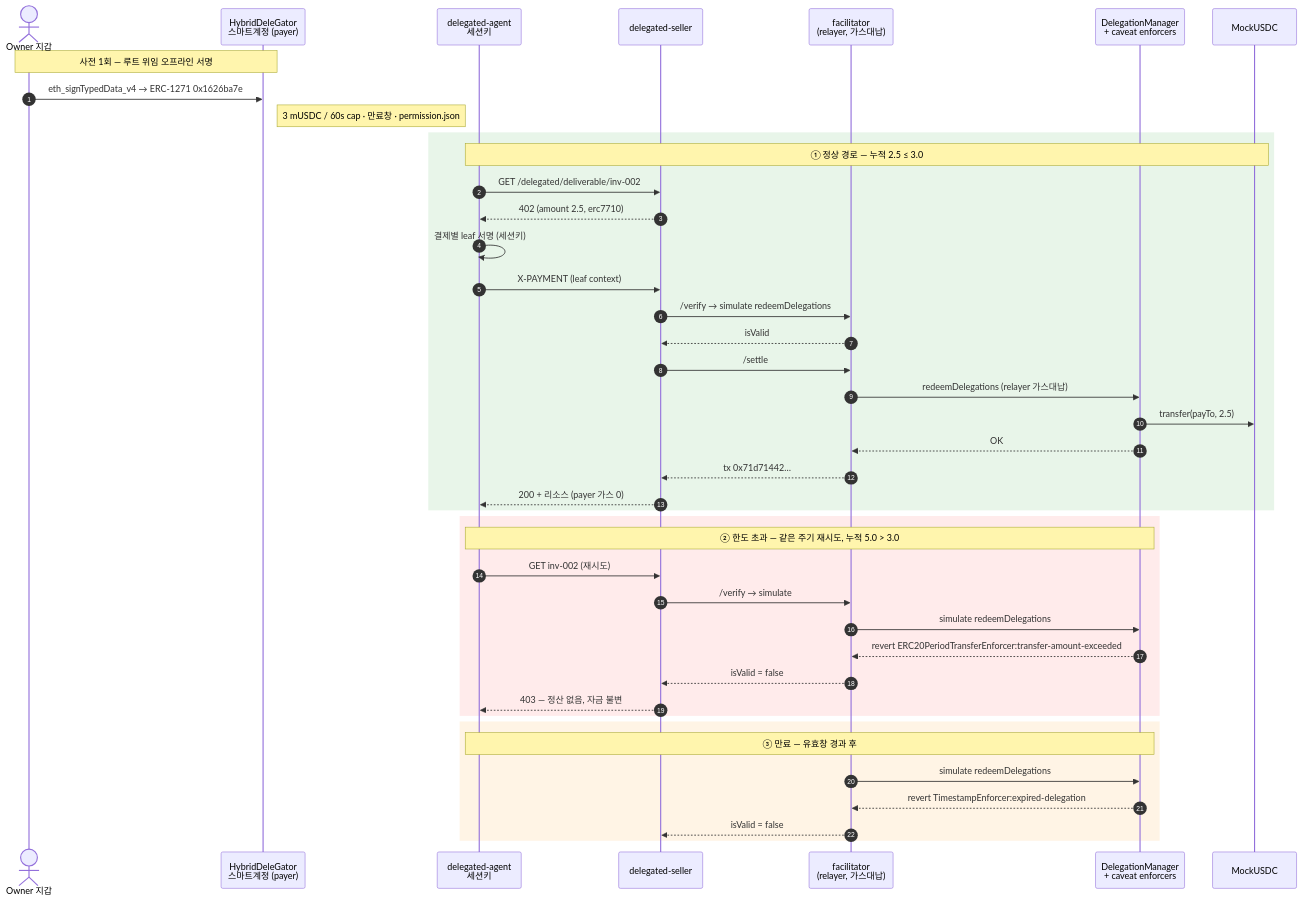
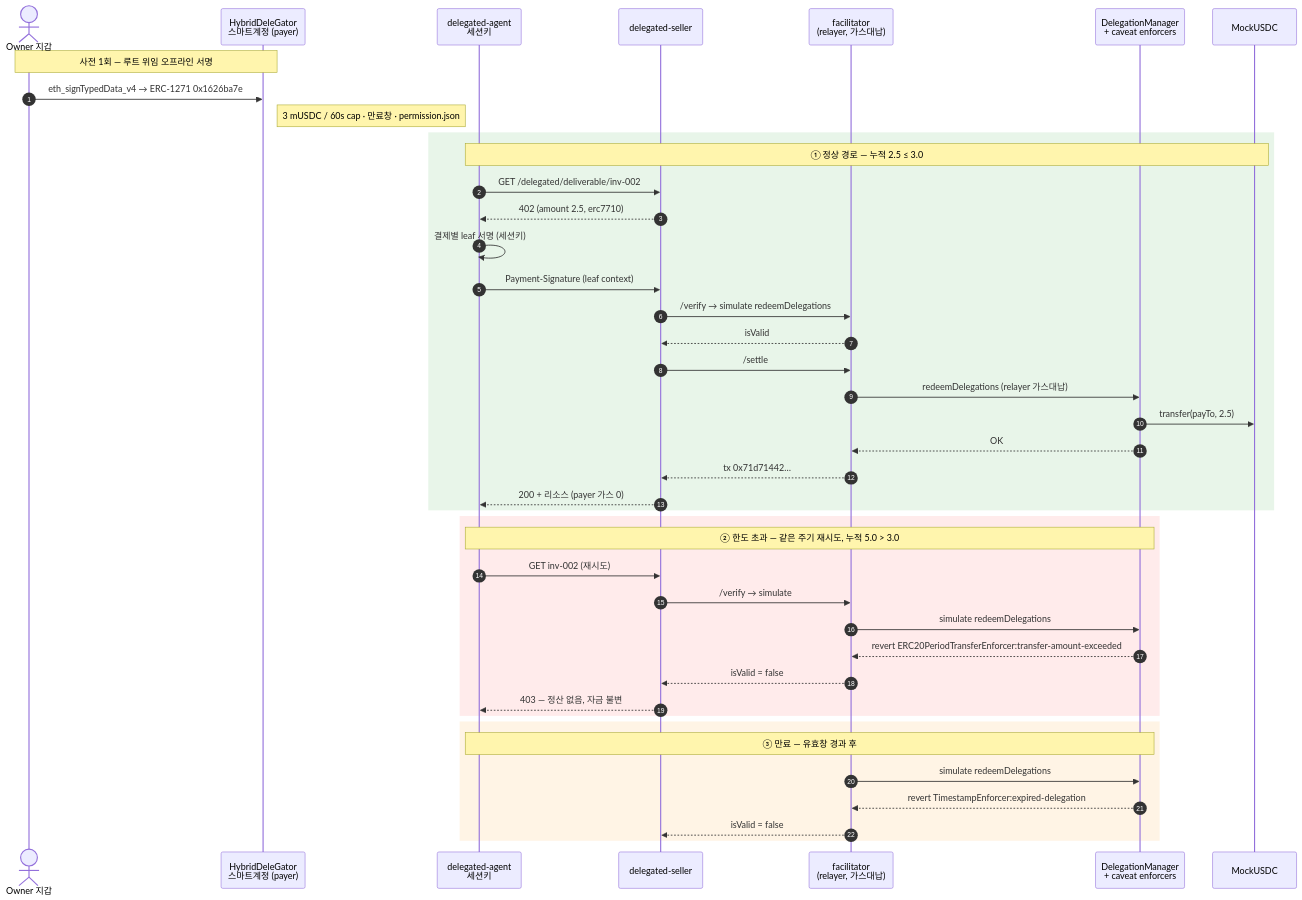
The diagram in docs/tech-notes.md (kooroot/Mapae), drawn with Mermaid before and after one commit. The commit also changed other lines of this file and 11 other files, not shown here.

First line of the commit message:
feat(x402): v2 전송 헤더를 채택한다 — Payment-Required/Signature/Response

````diff
--- a/docs/tech-notes.md
+++ b/docs/tech-notes.md
@@ -81,48 +81,48 @@
 ```mermaid
 sequenceDiagram
     autonumber
     actor Owner as Owner 지갑
     participant SA as HybridDeleGator<br/>스마트계정 (payer)
     participant Agent as delegated-agent<br/>세션키
     participant Seller as delegated-seller
     participant Fac as facilitator<br/>(relayer, 가스대납)
     participant DM as DelegationManager<br/>+ caveat enforcers
     participant USDC as MockUSDC
 
     Note over Owner,SA: 사전 1회 — 루트 위임 오프라인 서명
     Owner->>SA: eth_signTypedData_v4 → ERC-1271 0x1626ba7e
     Note right of SA: 3 mUSDC / 60s cap · 만료창 · permission.json
 
     rect rgb(232,245,233)
     Note over Agent,USDC: ① 정상 경로 — 누적 2.5 ≤ 3.0
     Agent->>Seller: GET /delegated/deliverable/inv-002
     Seller-->>Agent: 402 (amount 2.5, erc7710)
     Agent->>Agent: 결제별 leaf 서명 (세션키)
-    Agent->>Seller: X-PAYMENT (leaf context)
+    Agent->>Seller: Payment-Signature (leaf context)
     Seller->>Fac: /verify → simulate redeemDelegations
     Fac-->>Seller: isValid
     Seller->>Fac: /settle
     Fac->>DM: redeemDelegations (relayer 가스대납)
     DM->>USDC: transfer(payTo, 2.5)
     DM-->>Fac: OK
     Fac-->>Seller: tx 0x71d71442…
     Seller-->>Agent: 200 + 리소스 (payer 가스 0)
     end
 
     rect rgb(255,235,235)
     Note over Agent,DM: ② 한도 초과 — 같은 주기 재시도, 누적 5.0 > 3.0
     Agent->>Seller: GET inv-002 (재시도)
     Seller->>Fac: /verify → simulate
     Fac->>DM: simulate redeemDelegations
     DM-->>Fac: revert ERC20PeriodTransferEnforcer:transfer-amount-exceeded
     Fac-->>Seller: isValid = false
     Seller-->>Agent: 403 — 정산 없음, 자금 불변
     end
 
     rect rgb(255,244,229)
     Note over Agent,DM: ③ 만료 — 유효창 경과 후
     Fac->>DM: simulate redeemDelegations
     DM-->>Fac: revert TimestampEnforcer:expired-delegation
     Fac-->>Seller: isValid = false
     end
 ```
````
